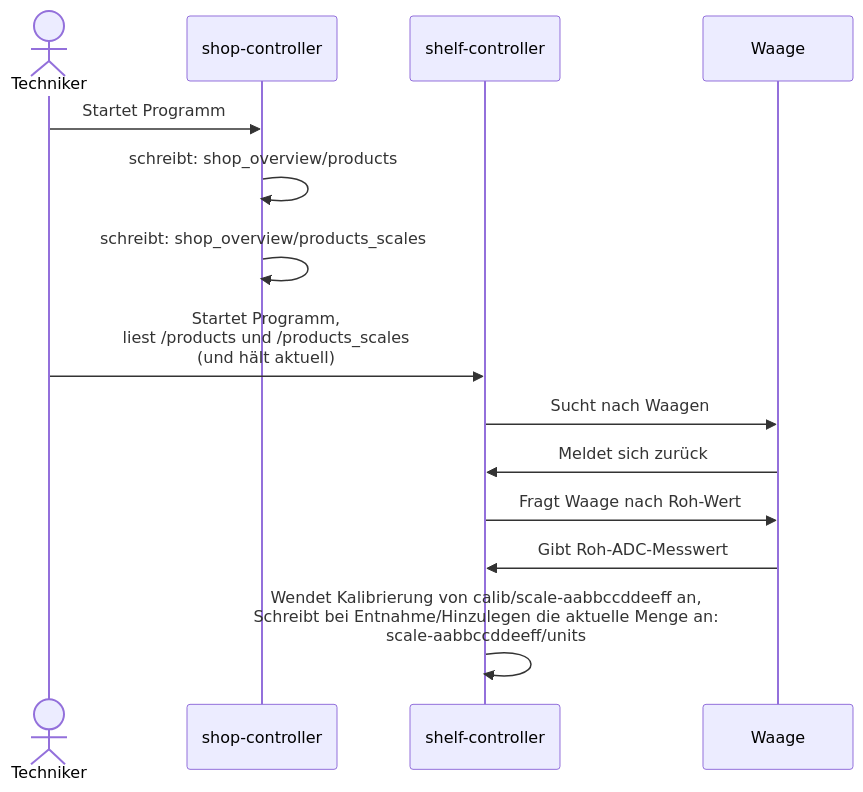
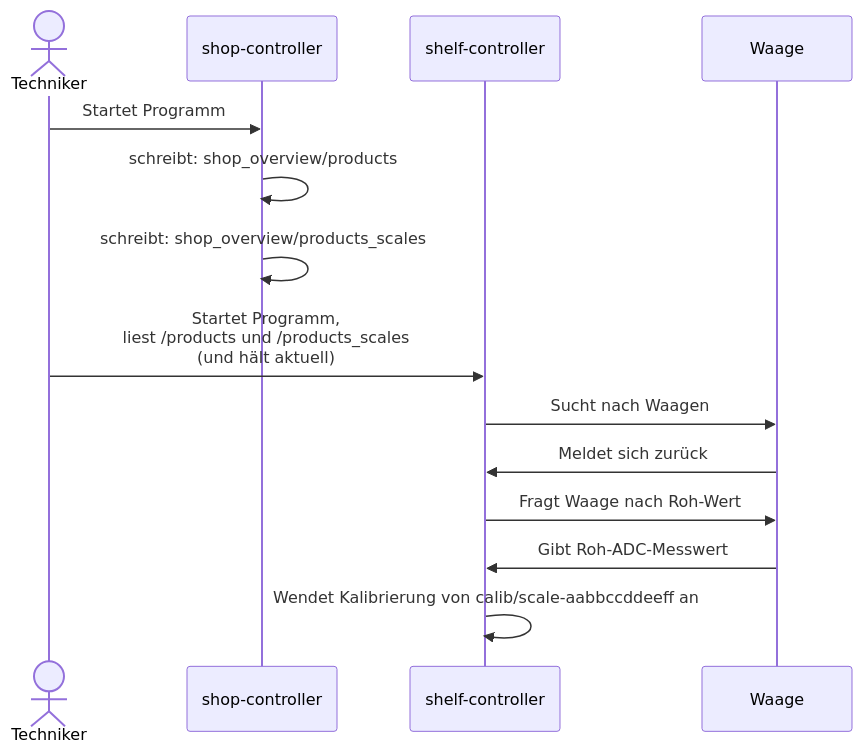
The diagram in software/shelf-controller/README.md (pbotte/zeitlos), drawn with Mermaid before and after one commit. The commit also changed other lines of this file and 4 other files, not shown here.

````diff
--- a/software/shelf-controller/README.md
+++ b/software/shelf-controller/README.md
@@ -25,16 +24,16 @@
 ```mermaid
 sequenceDiagram
     actor Techniker
     participant shop-controller
     participant shelf-controller
     participant Waage
     Techniker->>shop-controller: Startet Programm
     shop-controller->>shop-controller: schreibt: shop_overview/products
     shop-controller->>shop-controller: schreibt: shop_overview/products_scales
     Techniker->>shelf-controller: Startet Programm,<br>liest /products und /products_scales<br>(und hält aktuell)
     shelf-controller->>Waage: Sucht nach Waagen
     Waage->>shelf-controller: Meldet sich zurück
     shelf-controller->>Waage: Fragt Waage nach Roh-Wert
     Waage->>shelf-controller: Gibt Roh-ADC-Messwert
-    shelf-controller->>shelf-controller: Wendet Kalibrierung von calib/scale-aabbccddeeff an,<br>Schreibt bei Entnahme/Hinzulegen die aktuelle Menge an:<br>scale-aabbccddeeff/units 
+    shelf-controller->>shelf-controller: Wendet Kalibrierung von calib/scale-aabbccddeeff an 
 ```
````
